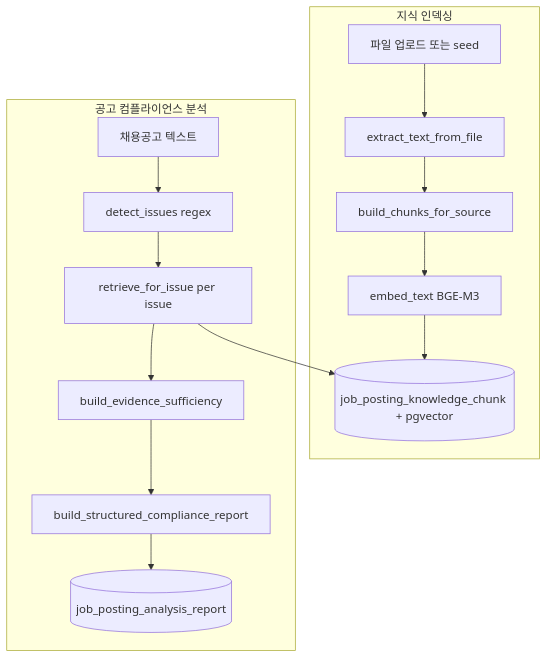
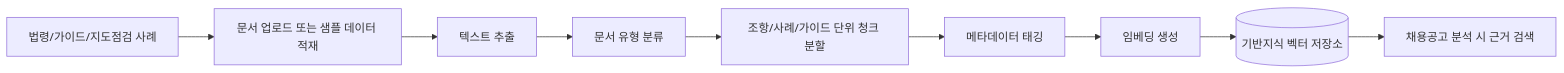
Before and after one commit to bamti95/hr-copilot: the third of 5 diagrams in README.md, drawn with Mermaid. The commit also changed other lines of this file, not shown here.

````diff
--- a/README.md
+++ b/README.md
@@ -133,18 +112,11 @@
 ```mermaid
-flowchart TB
-    subgraph ingest [지식 인덱싱]
-        Upload[파일 업로드 또는 seed] --> Extract[extract_text_from_file]
-        Extract --> Chunk[build_chunks_for_source]
-        Chunk --> Embed[embed_text BGE-M3]
-        Embed --> DB[(job_posting_knowledge_chunk + pgvector)]
-    end
-
-    subgraph analyze [공고 컴플라이언스 분석]
-        Posting[채용공고 텍스트] --> Detect[detect_issues regex]
-        Detect --> Retrieve[retrieve_for_issue per issue]
-        Retrieve --> DB
-        Retrieve --> Sufficiency[build_evidence_sufficiency]
-        Sufficiency --> Report[build_structured_compliance_report]
-        Report --> Save[(job_posting_analysis_report)]
-    end
+flowchart LR
+    A[법령/가이드/지도점검 사례] --> B[문서 업로드 또는 샘플 데이터 적재]
+    B --> C[텍스트 추출]
+    C --> D[문서 유형 분류]
+    D --> E[조항/사례/가이드 단위 청크 분할]
+    E --> F[메타데이터 태깅]
+    F --> G[임베딩 생성]
+    G --> H[(기반지식 벡터 저장소)]
+    H --> I[채용공고 분석 시 근거 검색]
 ```
````
